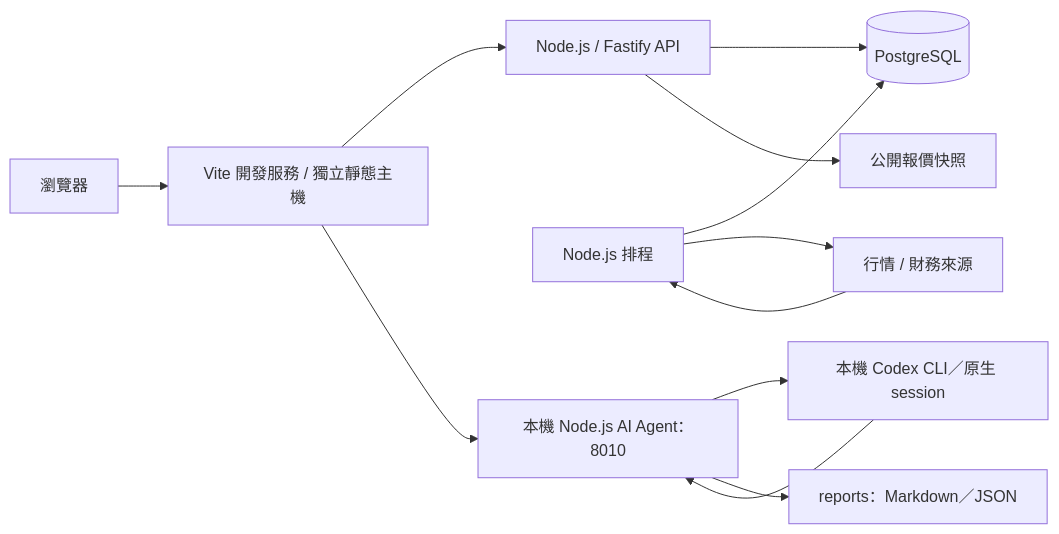
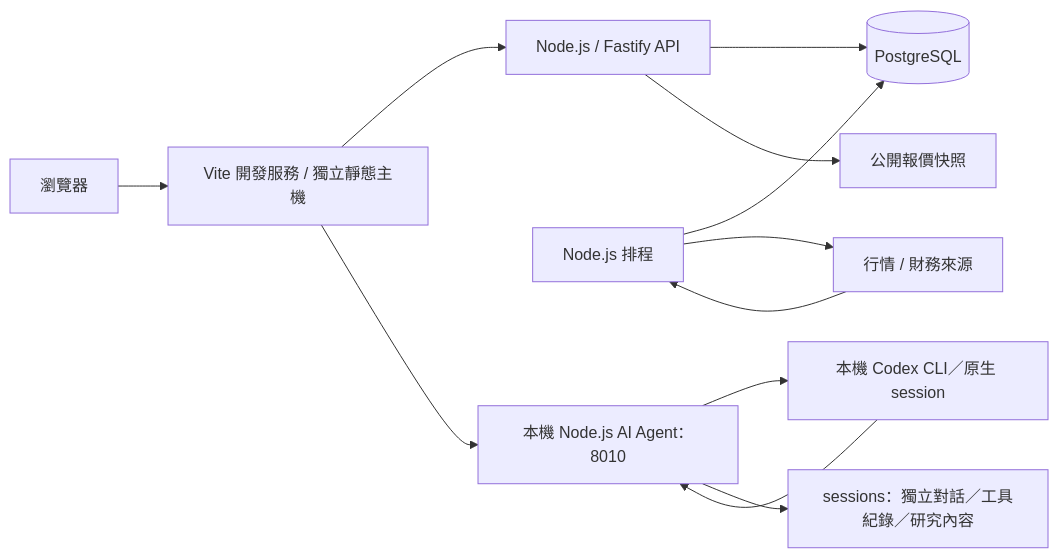
Before and after one commit to LueZero/TWStock-Coach: the diagram in README.md, drawn with Mermaid. The commit also changed other lines of this file and 44 other files, not shown here.

````diff
--- a/README.md
+++ b/README.md
@@ -201,14 +201,14 @@
 ```mermaid
 flowchart LR
   Browser[瀏覽器] --> Web[Vite 開發服務 / 獨立靜態主機]
   Web --> API[Node.js / Fastify API]
   API --> DB[(PostgreSQL)]
   Scheduler[Node.js 排程] --> DB
   Scheduler --> Sources[行情 / 財務來源]
   Sources --> Scheduler
   API --> Quotes[公開報價快照]
   Web --> Agent[本機 Node.js AI Agent：8010]
   Agent --> CLI[本機 Codex CLI／原生 session]
   CLI --> Agent
-  Agent --> Reports[reports：Markdown／JSON]
+  Agent --> Sessions[sessions：獨立對話／工具紀錄／研究內容]
 ```
````
